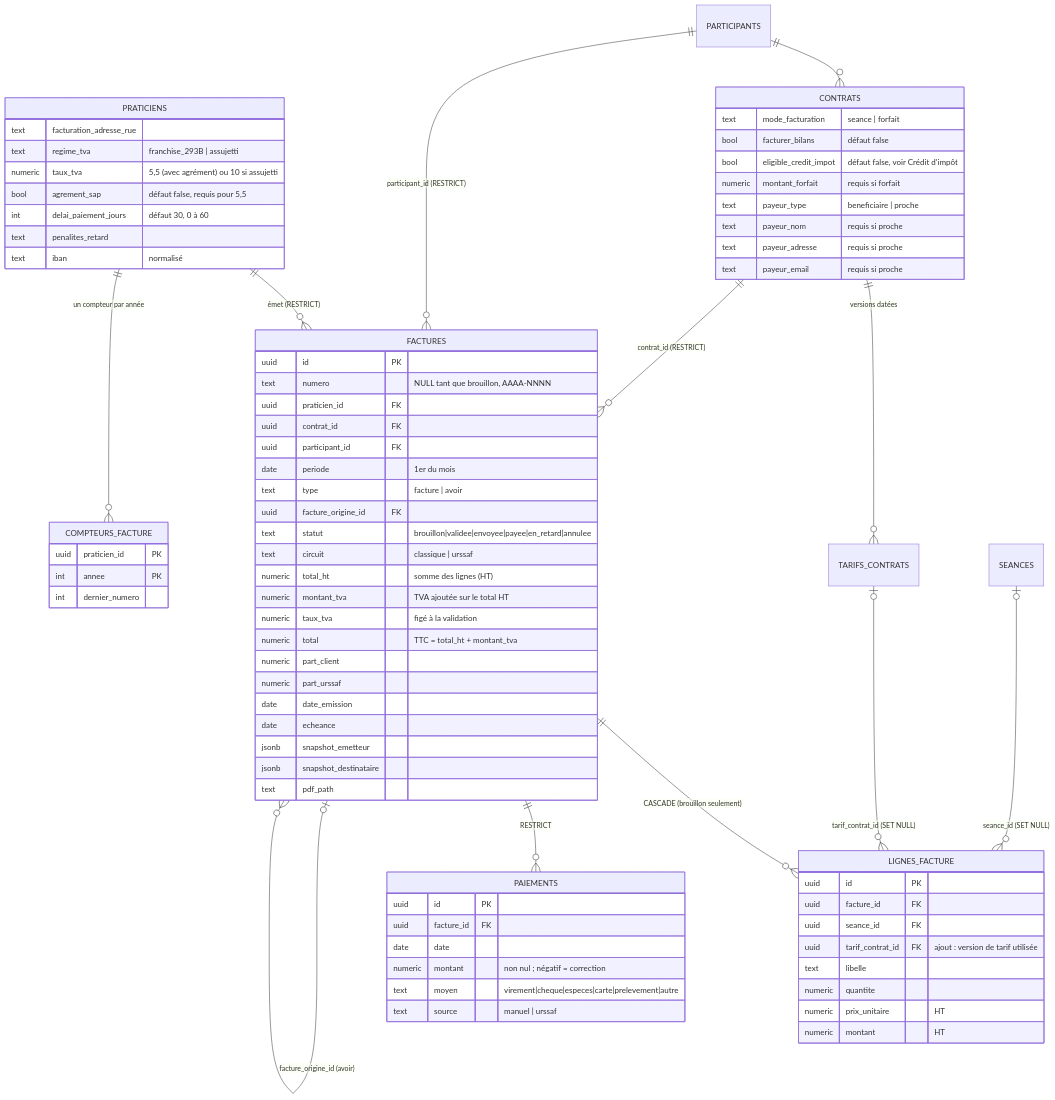
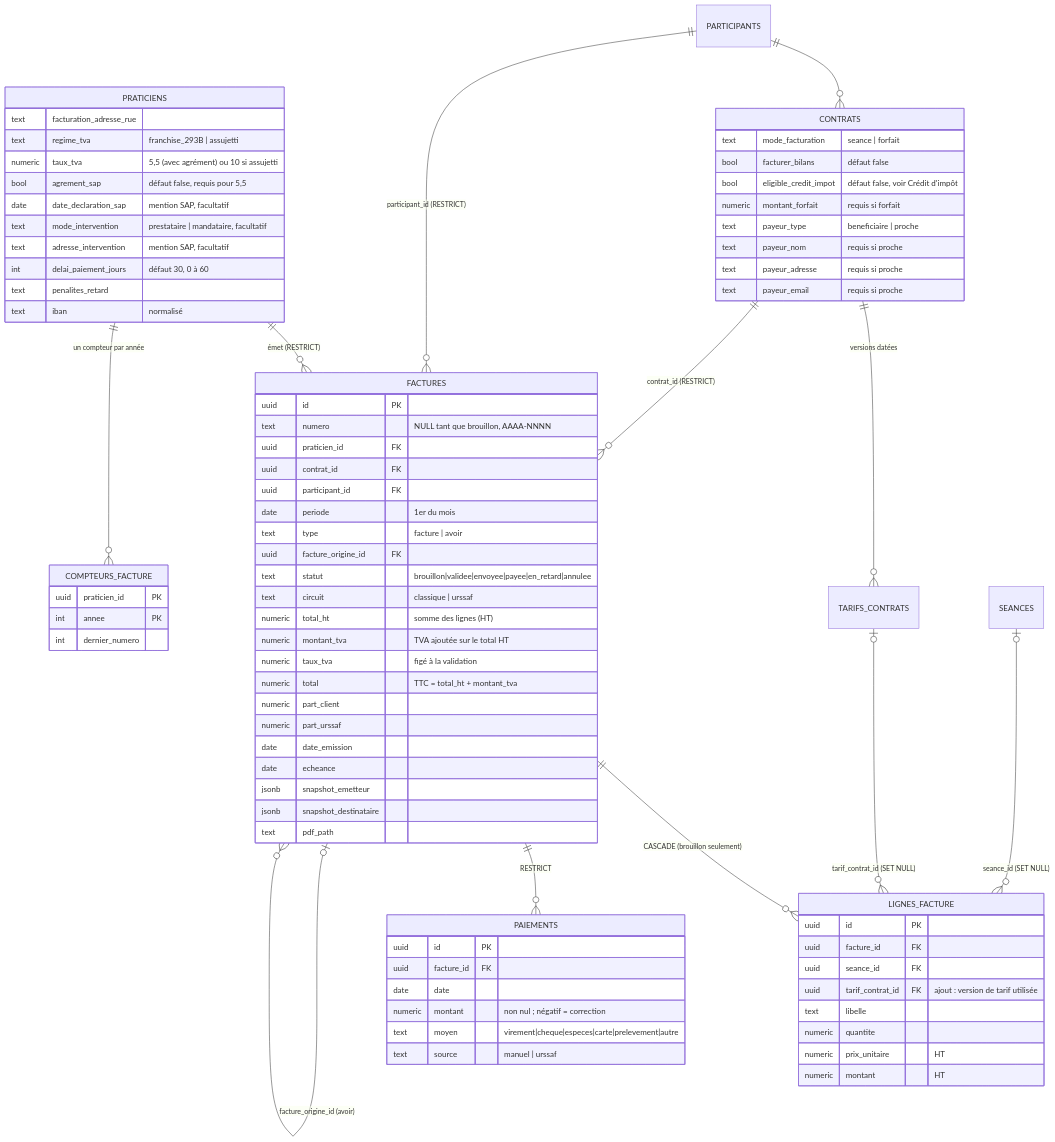
Before and after one commit to lorenzoht-sys/Horizon-app: the diagram in docs/FACTURATION.md, drawn with Mermaid. The commit also changed other lines of this file, not shown here.

First line of the commit message:
docs(facturation): mentions SAP du profil, décisions de sécurité et d'interface

```diff
--- a/docs/FACTURATION.md
+++ b/docs/FACTURATION.md
@@ -33,6 +33,9 @@
         text regime_tva "franchise_293B | assujetti"
         numeric taux_tva "5,5 (avec agrément) ou 10 si assujetti"
         bool agrement_sap "défaut false, requis pour 5,5"
+        date date_declaration_sap "mention SAP, facultatif"
+        text mode_intervention "prestataire | mandataire, facultatif"
+        text adresse_intervention "mention SAP, facultatif"
         int delai_paiement_jours "défaut 30, 0 à 60"
         text penalites_retard
         text iban "normalisé"
```
